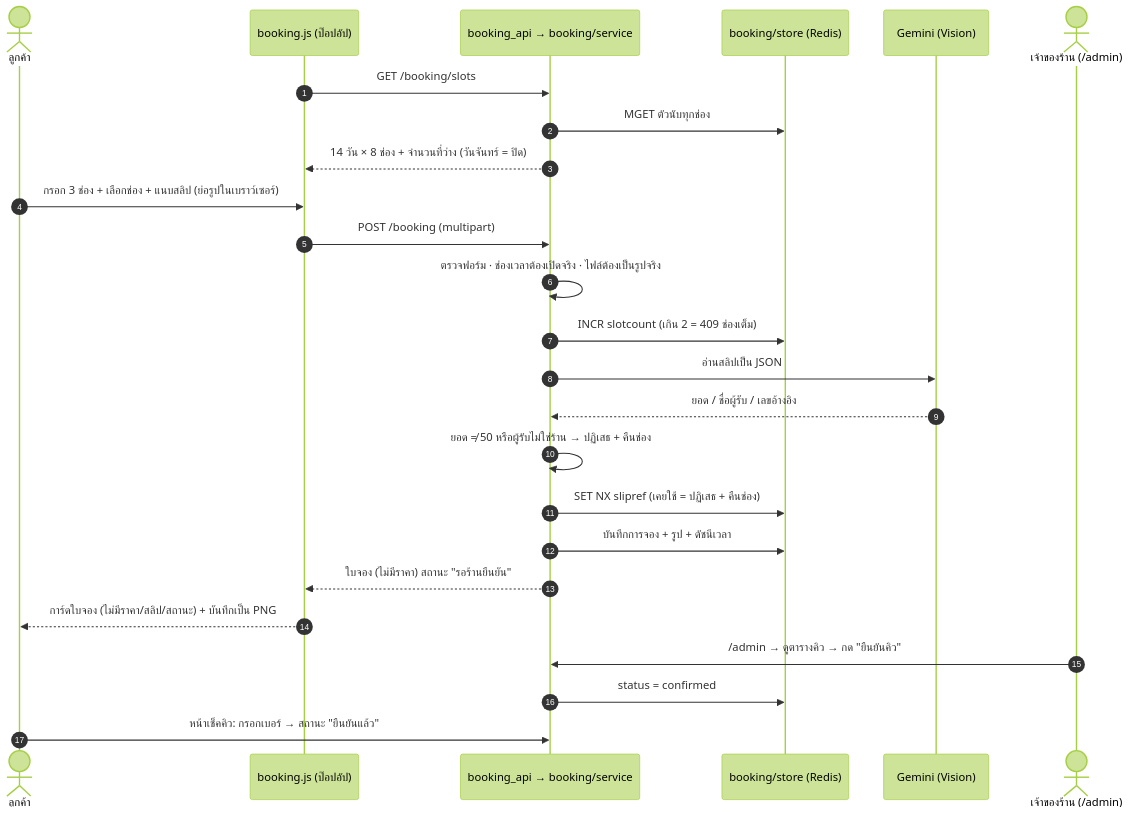
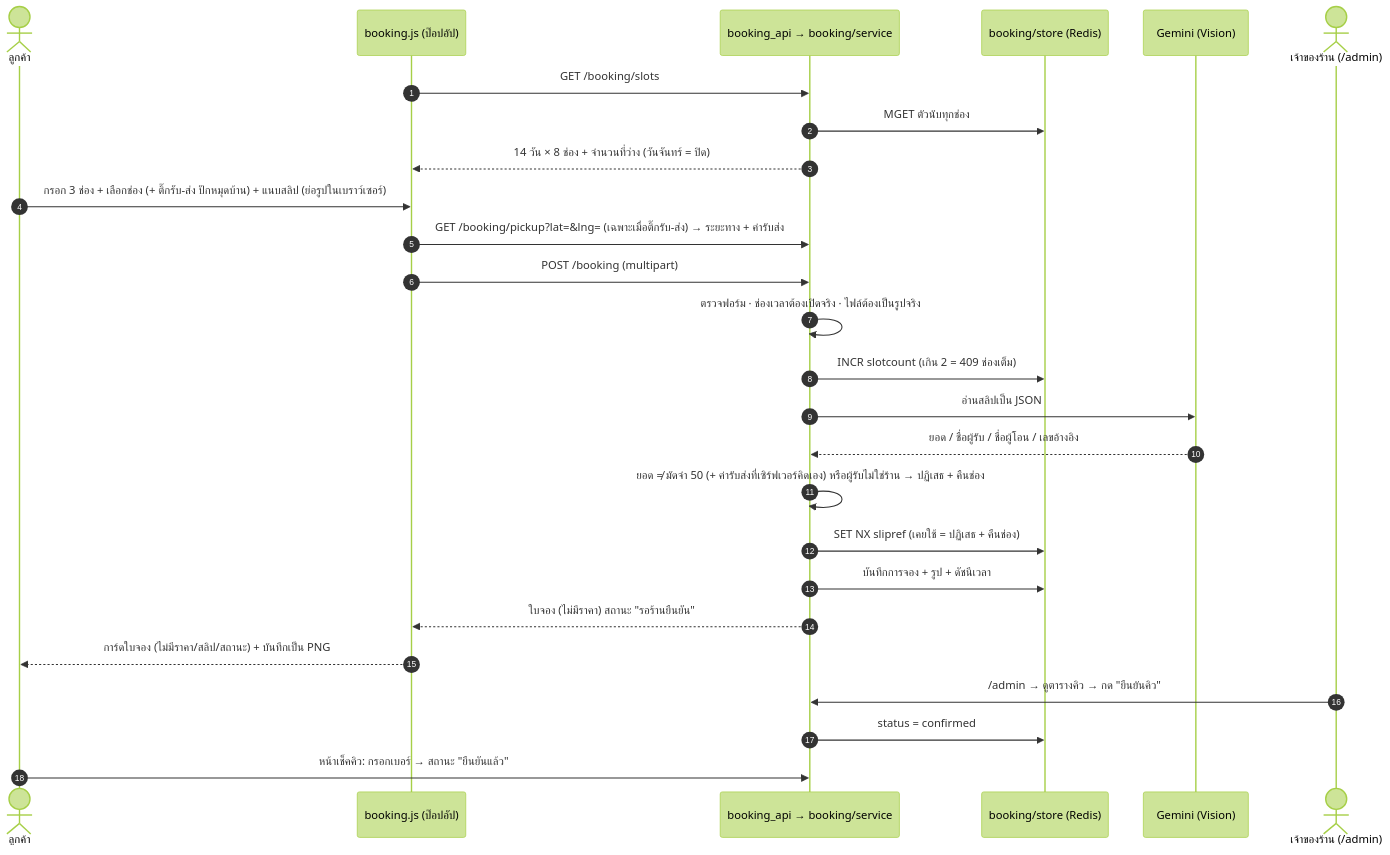
One commit to Myname30275/Project-chatbot changed the fourth of 5 diagrams in docs/system-architecture.md. Above: the diagram before and after it, drawn with Mermaid (forest theme). The commit also changed other lines of this file and 5 other files, not shown here.

Commit message:
Add endpoint check against live system; update architecture docs and diagrams to current system

````diff
--- a/docs/system-architecture.md
+++ b/docs/system-architecture.md
@@ -231,28 +246,29 @@
 ```mermaid
 sequenceDiagram
     autonumber
     actor C as ลูกค้า
     participant UI as booking.js (ป๊อปอัป)
     participant API as booking_api → booking/service
     participant ST as booking/store (Redis)
     participant GM as Gemini (Vision)
     actor O as เจ้าของร้าน (/admin)
 
     UI->>API: GET /booking/slots
     API->>ST: MGET ตัวนับทุกช่อง
     API-->>UI: 14 วัน × 8 ช่อง + จำนวนที่ว่าง (วันจันทร์ = ปิด)
-    C->>UI: กรอก 3 ช่อง + เลือกช่อง + แนบสลิป (ย่อรูปในเบราว์เซอร์)
+    C->>UI: กรอก 3 ช่อง + เลือกช่อง (+ ติ๊กรับ-ส่ง ปักหมุดบ้าน) + แนบสลิป (ย่อรูปในเบราว์เซอร์)
+    UI->>API: GET /booking/pickup?lat=&lng= (เฉพาะเมื่อติ๊กรับ-ส่ง) → ระยะทาง + ค่ารับส่ง
     UI->>API: POST /booking (multipart)
     API->>API: ตรวจฟอร์ม · ช่องเวลาต้องเปิดจริง · ไฟล์ต้องเป็นรูปจริง
     API->>ST: INCR slotcount (เกิน 2 = 409 ช่องเต็ม)
     API->>GM: อ่านสลิปเป็น JSON
-    GM-->>API: ยอด / ชื่อผู้รับ / เลขอ้างอิง
-    API->>API: ยอด ≠ 50 หรือผู้รับไม่ใช่ร้าน → ปฏิเสธ + คืนช่อง
+    GM-->>API: ยอด / ชื่อผู้รับ / ชื่อผู้โอน / เลขอ้างอิง
+    API->>API: ยอด ≠ มัดจำ 50 (+ ค่ารับส่งที่เซิร์ฟเวอร์คิดเอง) หรือผู้รับไม่ใช่ร้าน → ปฏิเสธ + คืนช่อง
     API->>ST: SET NX slipref (เคยใช้ = ปฏิเสธ + คืนช่อง)
     API->>ST: บันทึกการจอง + รูป + ดัชนีเวลา
     API-->>UI: ใบจอง (ไม่มีราคา) สถานะ "รอร้านยืนยัน"
     UI-->>C: การ์ดใบจอง (ไม่มีราคา/สลิป/สถานะ) + บันทึกเป็น PNG
     O->>API: /admin → ดูตารางคิว → กด "ยืนยันคิว"
     API->>ST: status = confirmed
     C->>API: หน้าเช็คคิว: กรอกเบอร์ → สถานะ "ยืนยันแล้ว"
 ```
````
